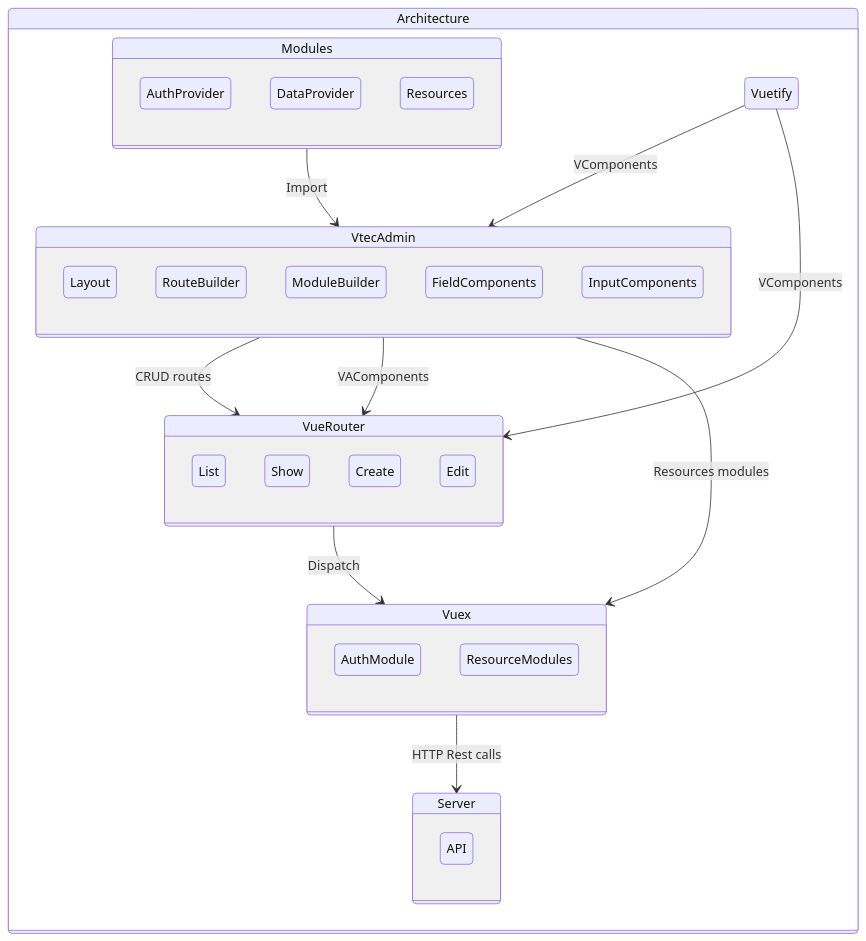
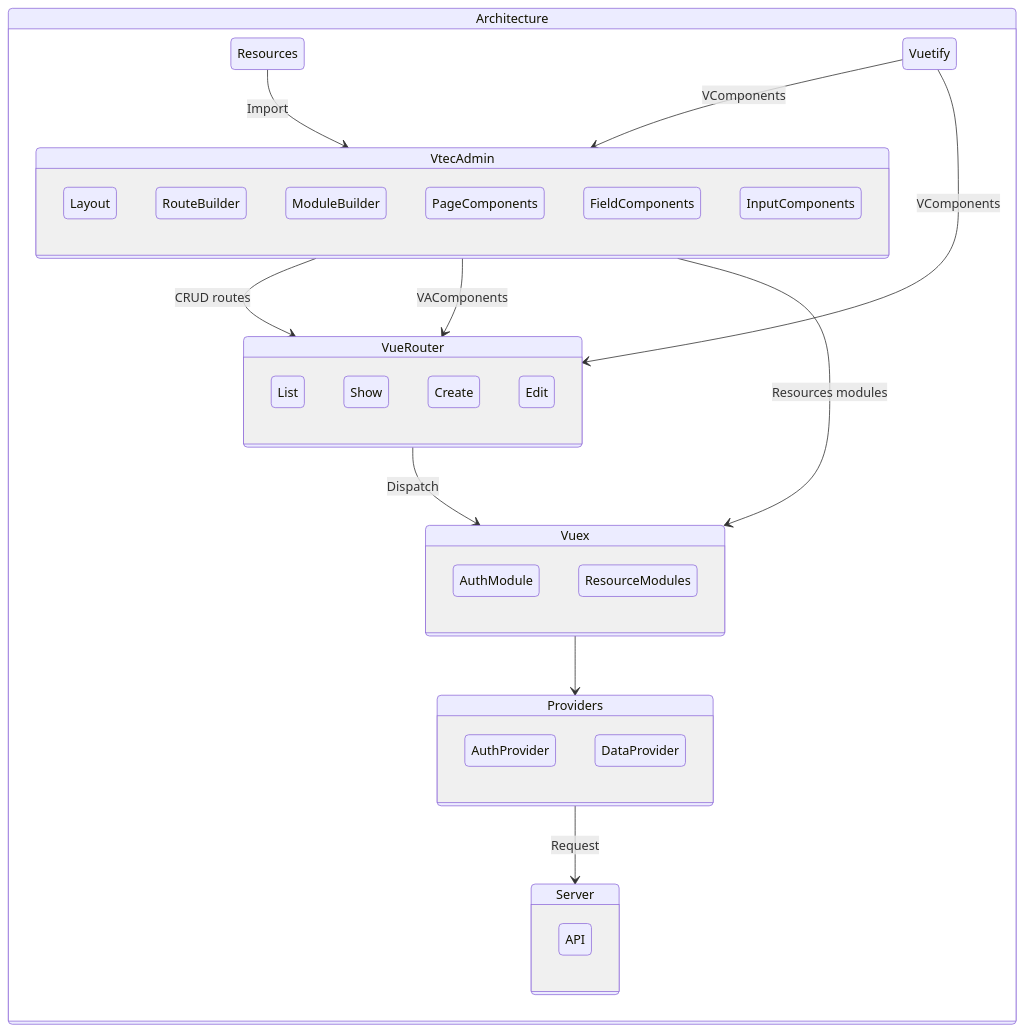
One commit to okami101/vuetify-admin changed the diagram in packages/docs/docs/.vuepress/public/diagrams/architecture.mmd. Above: the diagram before and after it, drawn with Mermaid. The commit also changed 10 other files, not shown here.

```diff
--- a/packages/docs/docs/.vuepress/public/diagrams/architecture.mmd
+++ b/packages/docs/docs/.vuepress/public/diagrams/architecture.mmd
@@ -1,36 +1,37 @@
 stateDiagram
   state Architecture {
-    Modules --> VtecAdmin: Import
-    state Modules {
-      AuthProvider
-      DataProvider
-      Resources
-    }
+    Resources --> VtecAdmin: Import
     state VtecAdmin {
       Layout
       RouteBuilder
       ModuleBuilder
+      PageComponents
       FieldComponents
       InputComponents
     }
     Vuetify --> VtecAdmin: VComponents
     Vuetify --> VueRouter: VComponents
     VtecAdmin --> VueRouter: CRUD routes
     VtecAdmin --> VueRouter: VAComponents
     VtecAdmin --> Vuex: Resources modules
     state VueRouter {
       List
       Show
       Create
       Edit
     }
     state Vuex {
       AuthModule
       ResourceModules
     }
     VueRouter --> Vuex: Dispatch
-    Vuex --> Server: HTTP Rest calls
+    state Providers {
+      AuthProvider
+      DataProvider
+    }
+    Vuex --> Providers
+    Providers --> Server: Request
     state Server {
       API
     }
   }
```
